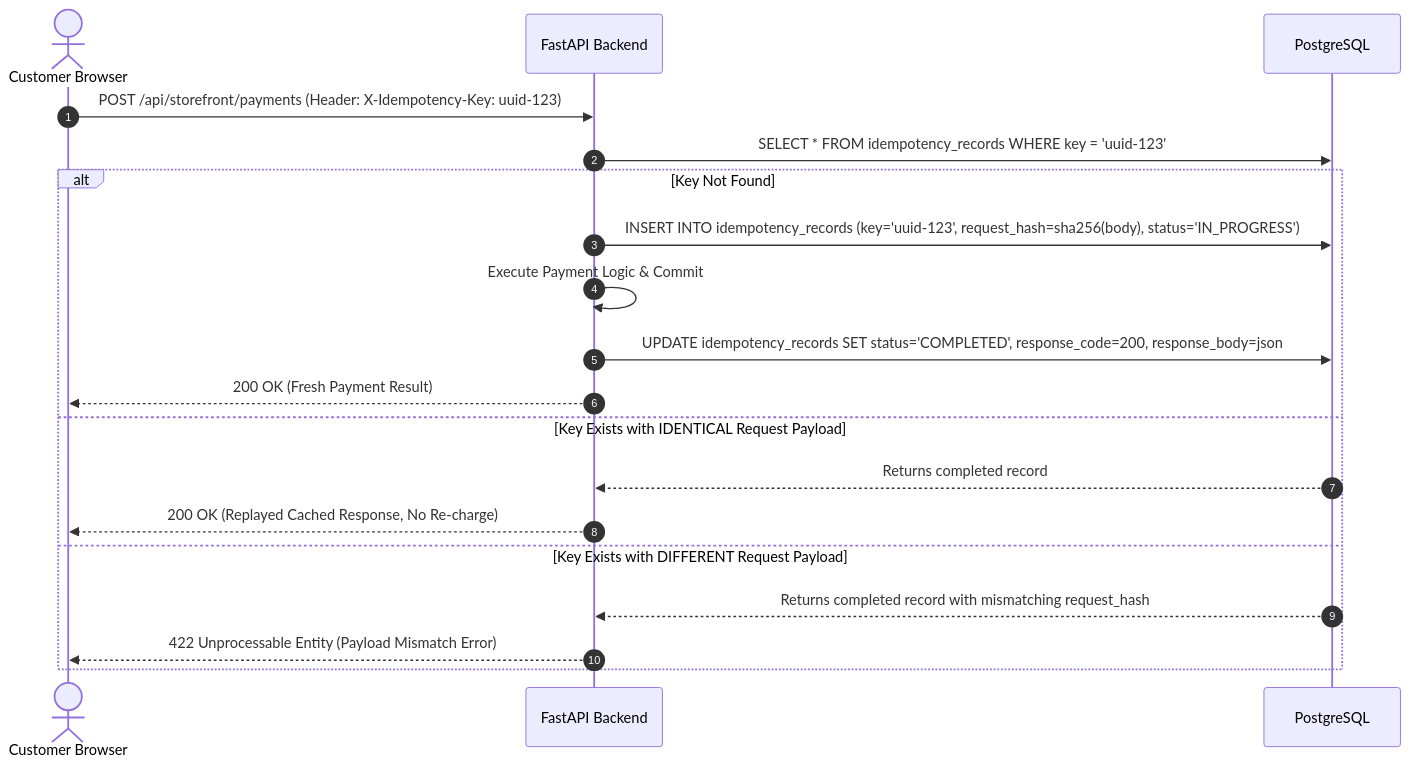
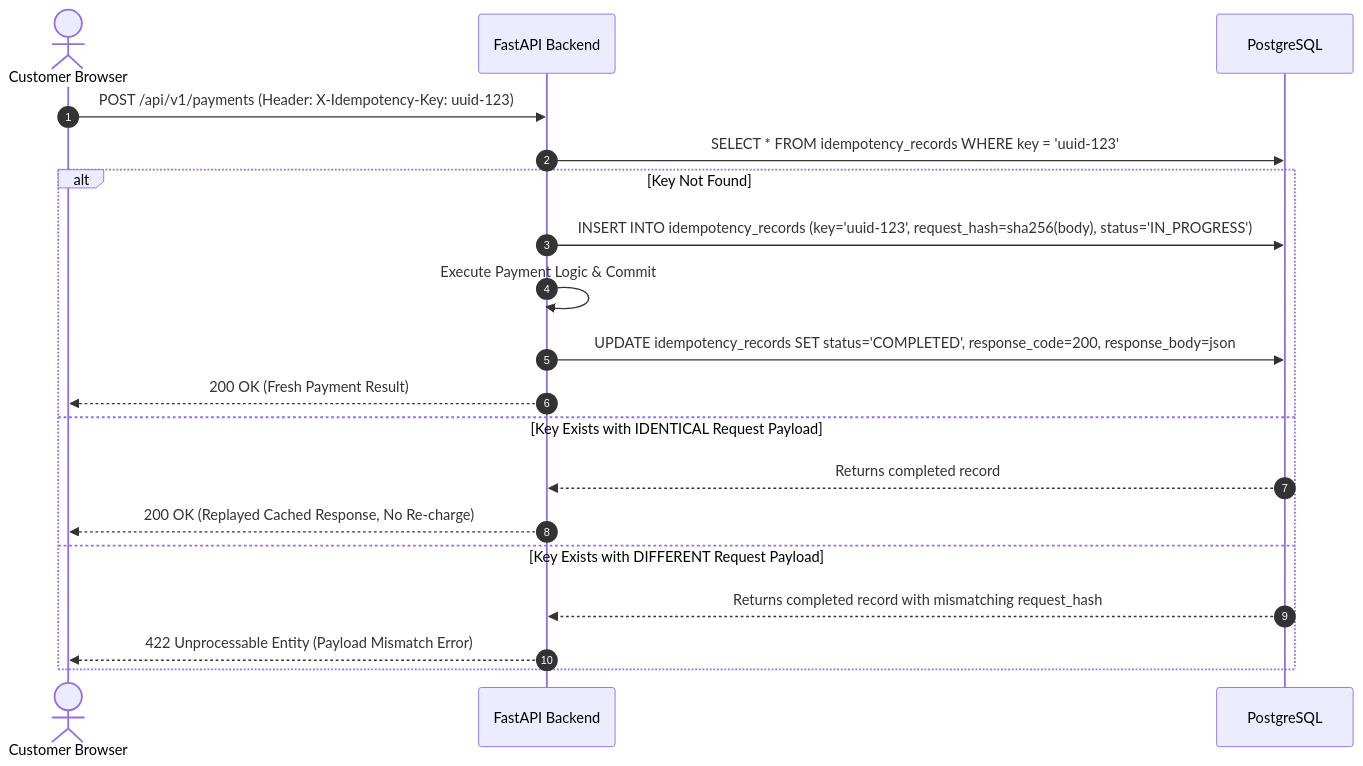
Diagram 13 of 22 in README.md (arudkumaran19/pos-ecommerce-systems), drawn with Mermaid before and after one commit. The commit also changed other lines of this file, not shown here.

````diff
--- a/README.md
+++ b/README.md
@@ -750,22 +780,22 @@
 ```mermaid
 sequenceDiagram
     autonumber
     actor Client as Customer Browser
     participant API as FastAPI Backend
     participant DB as PostgreSQL
 
-    Client->>API: POST /api/storefront/payments (Header: X-Idempotency-Key: uuid-123)
+    Client->>API: POST /api/v1/payments (Header: X-Idempotency-Key: uuid-123)
     API->>DB: SELECT * FROM idempotency_records WHERE key = 'uuid-123'
     alt Key Not Found
         API->>DB: INSERT INTO idempotency_records (key='uuid-123', request_hash=sha256(body), status='IN_PROGRESS')
         API->>API: Execute Payment Logic & Commit
         API->>DB: UPDATE idempotency_records SET status='COMPLETED', response_code=200, response_body=json
         API-->>Client: 200 OK (Fresh Payment Result)
     else Key Exists with IDENTICAL Request Payload
         DB-->>API: Returns completed record
         API-->>Client: 200 OK (Replayed Cached Response, No Re-charge)
     else Key Exists with DIFFERENT Request Payload
         DB-->>API: Returns completed record with mismatching request_hash
         API-->>Client: 422 Unprocessable Entity (Payload Mismatch Error)
     end
 ```
````
